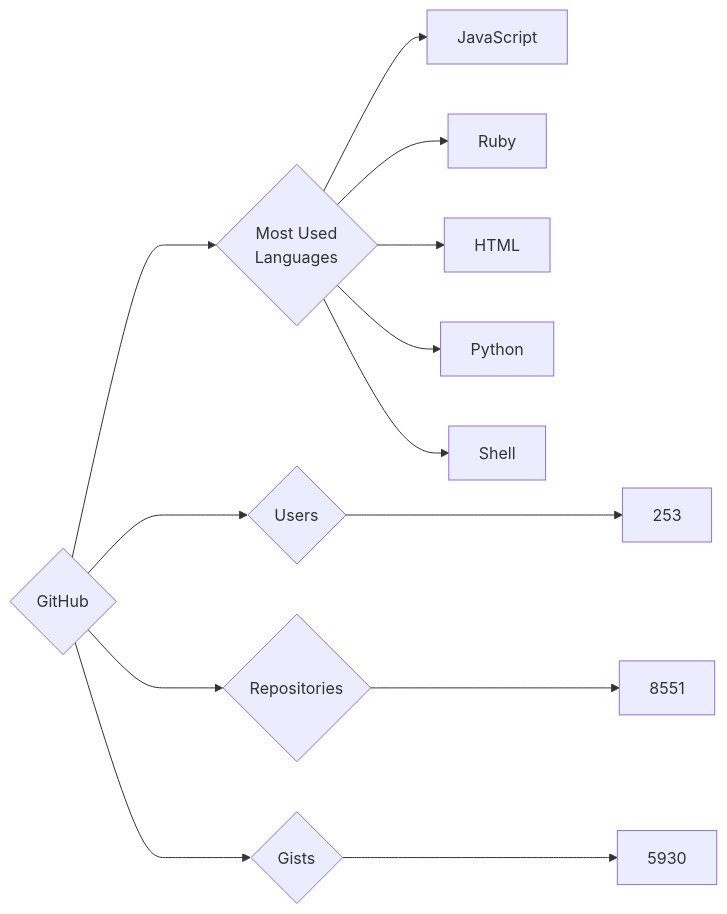
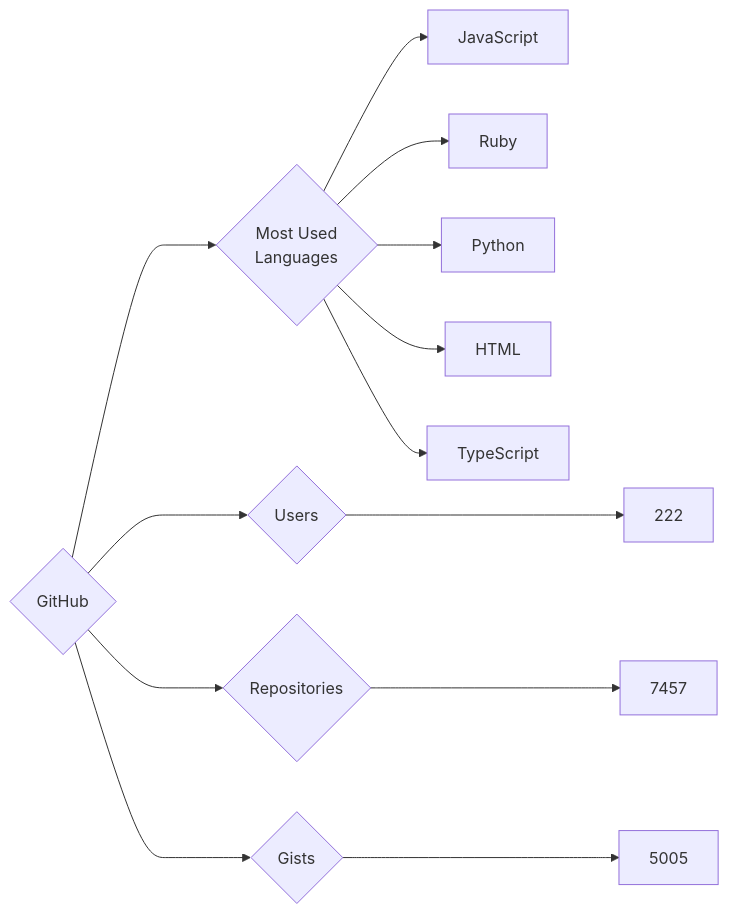
Before and after one commit to trickest/insiders: the diagram in targets/GitHub/README.md, drawn with Mermaid. The commit also changed 888 other files, not shown here.

````diff
--- a/targets/GitHub/README.md
+++ b/targets/GitHub/README.md
@@ -3,13 +3,13 @@
 ```mermaid
 graph LR
 COMPANY_NAME{GitHub}
-COMPANY_NAME ---> U{Users} ---> UN[253]
-COMPANY_NAME ---> R{Repositories} ---> RN[8551]
-COMPANY_NAME ---> G{Gists} ---> GN[5930]
+COMPANY_NAME ---> U{Users} ---> UN[222]
+COMPANY_NAME ---> R{Repositories} ---> RN[7457]
+COMPANY_NAME ---> G{Gists} ---> GN[5005]
 COMPANY_NAME ---> ML{Most Used<br>Languages}
 ML --> JavaScript[JavaScript]
 ML --> Ruby[Ruby]
+ML --> Python[Python]
 ML --> HTML[HTML]
-ML --> Python[Python]
-ML --> Shell[Shell]
+ML --> TypeScript[TypeScript]
 ```
````
